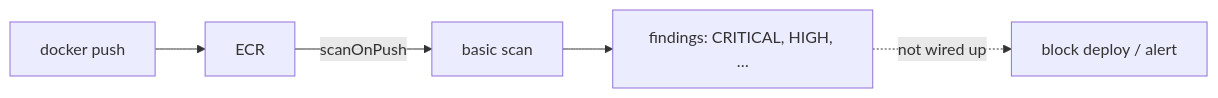
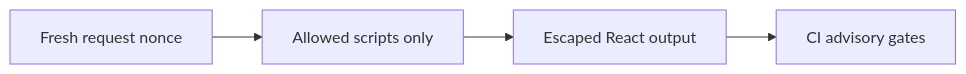
Before and after one commit to maheshnd/minitickets: the diagram in docs/handbook/concepts/image-scanning.md, drawn with Mermaid. The commit also changed other lines of this file and 182 other files, not shown here.

````diff
--- a/docs/handbook/concepts/image-scanning.md
+++ b/docs/handbook/concepts/image-scanning.md
@@ -19,7 +17,7 @@
 ```mermaid
 flowchart LR
-    push["docker push"] --> ecr["ECR"]
-    ecr -->|"scanOnPush"| scan["basic scan"]
-    scan --> report["findings: CRITICAL, HIGH, …"]
-    report -.->|"not wired up"| gate["block deploy / alert"]
+    n0["Fresh request nonce"] --> n1
+    n1["Allowed scripts only"] --> n2
+    n2["Escaped React output"] --> n3
+    n3["CI advisory gates"]
 ```
````
